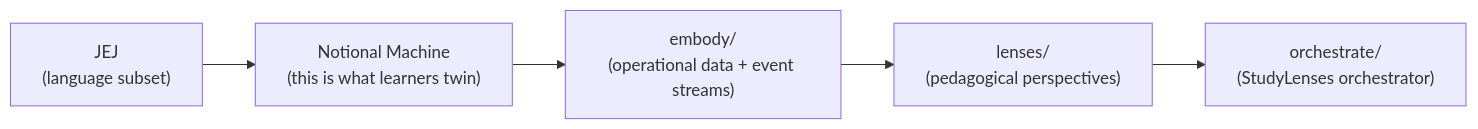
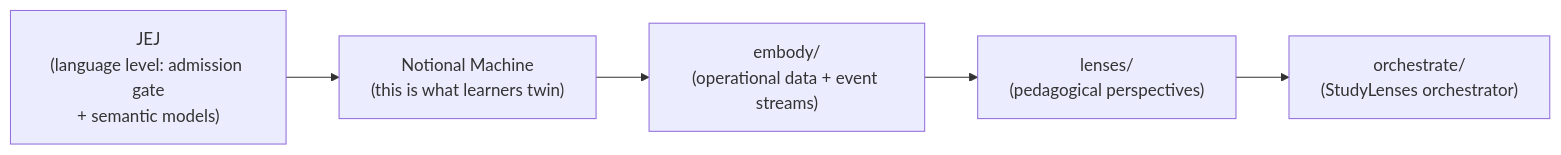
The diagram in src/lib/just-enough/javascript/README.md (codeschoolinabox/curricula), drawn with Mermaid before and after one commit. The commit also changed other lines of this file and 3 other files, not shown here.

Commit message:
docs: operationalize expertise reversal — semantic language levels, core vs LL stations

````diff
--- a/src/lib/just-enough/javascript/README.md
+++ b/src/lib/just-enough/javascript/README.md
@@ -29,9 +34,9 @@
 ```mermaid
 flowchart LR
-    JEJ["JEJ<br/>(language subset)"]
+    JEJ["JEJ<br/>(language level: admission gate<br/>+ semantic models)"]
     NM["Notional Machine<br/>(this is what learners twin)"]
     embody["embody/<br/>(operational data + event streams)"]
     lenses["lenses/<br/>(pedagogical perspectives)"]
     orchestrate["orchestrate/<br/>(StudyLenses orchestrator)"]
     JEJ --> NM --> embody --> lenses --> orchestrate
 ```
````
